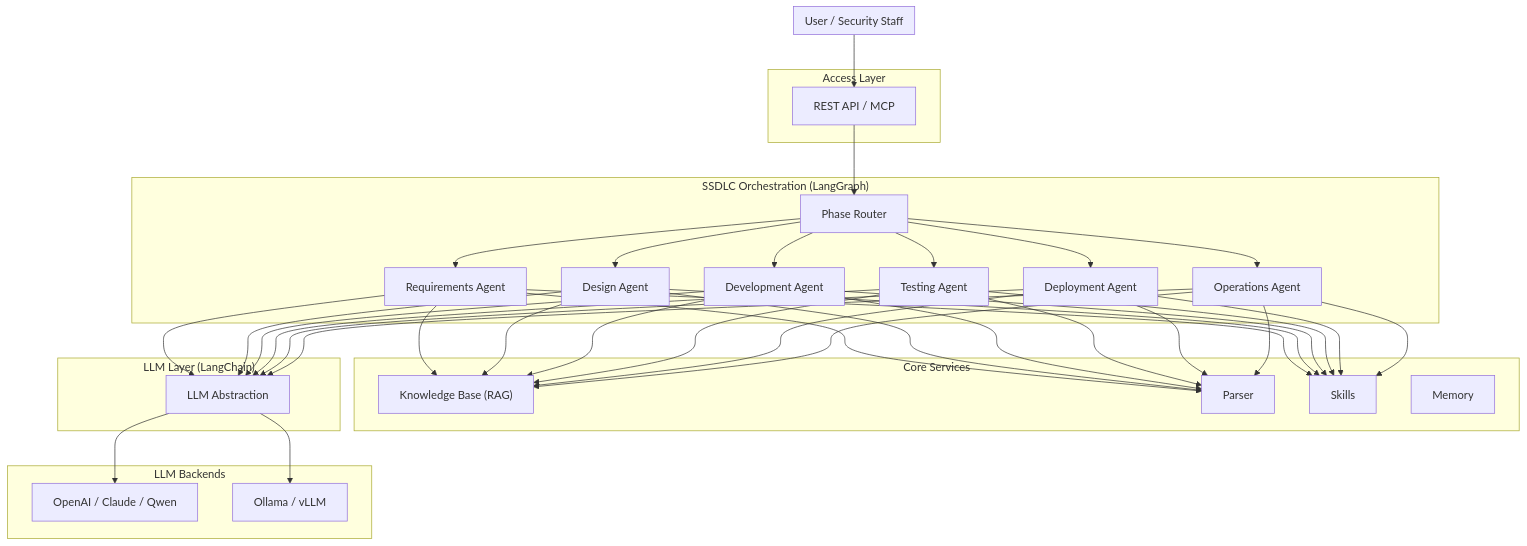
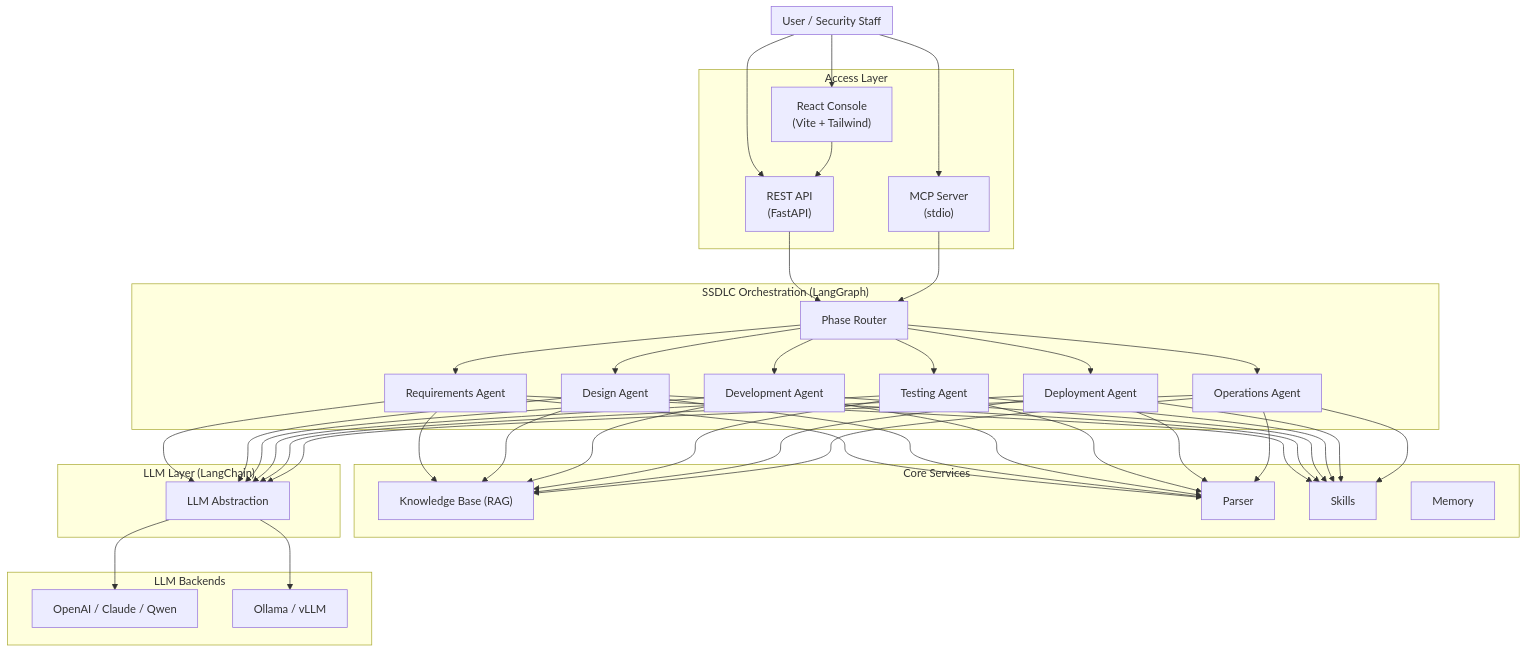
The diagram in README.md (arthurpanhku/DocSentinel), drawn with Mermaid before and after one commit. The commit also changed other lines of this file and 44 other files, not shown here.

Commit message:
feat: add React console and LLM configuration

````diff
--- a/README.md
+++ b/README.md
@@ -85,37 +85,43 @@
 ```mermaid
 flowchart TB
     subgraph User["User / Security Staff"]
     end
     subgraph Access["Access Layer"]
-        API["REST API / MCP"]
+        Console["React Console<br/>(Vite + Tailwind)"]
+        API["REST API<br/>(FastAPI)"]
+        MCP["MCP Server<br/>(stdio)"]
     end
     subgraph Orchestration["SSDLC Orchestration (LangGraph)"]
         Router["Phase Router"]
         A1["Requirements Agent"]
         A2["Design Agent"]
         A3["Development Agent"]
         A4["Testing Agent"]
         A5["Deployment Agent"]
         A6["Operations Agent"]
     end
     subgraph Core["Core Services"]
         KB["Knowledge Base (RAG)"]
         Parser["Parser"]
         Skill["Skills"]
         Mem["Memory"]
     end
     subgraph LLM["LLM Layer (LangChain)"]
         Abst["LLM Abstraction"]
     end
     subgraph Backends["LLM Backends"]
         Cloud["OpenAI / Claude / Qwen"]
         Local["Ollama / vLLM"]
     end
 
+    User --> Console
     User --> API
+    Console --> API
+    User --> MCP
     API --> Router
+    MCP --> Router
     Router --> A1 & A2 & A3 & A4 & A5 & A6
     A1 & A2 & A3 & A4 & A5 & A6 --> KB & Parser & Skill
     A1 & A2 & A3 & A4 & A5 & A6 --> Abst
     Abst --> Cloud & Local
 ```
````
